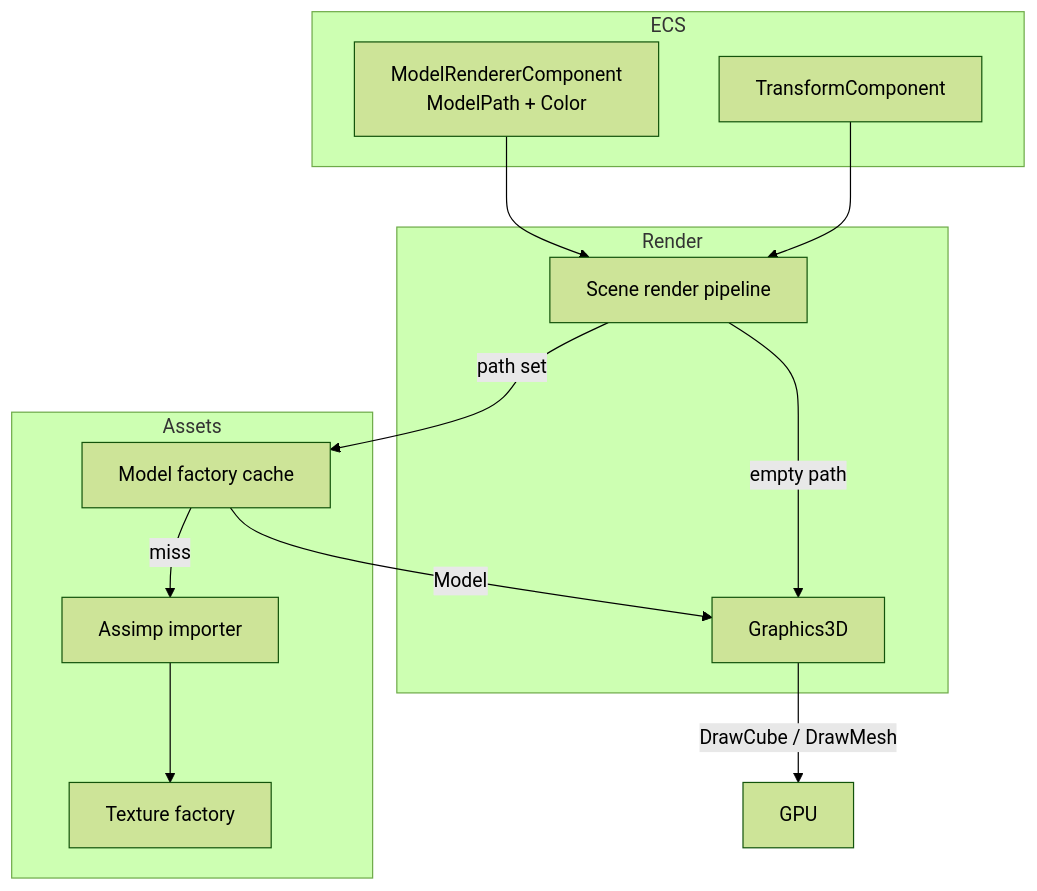
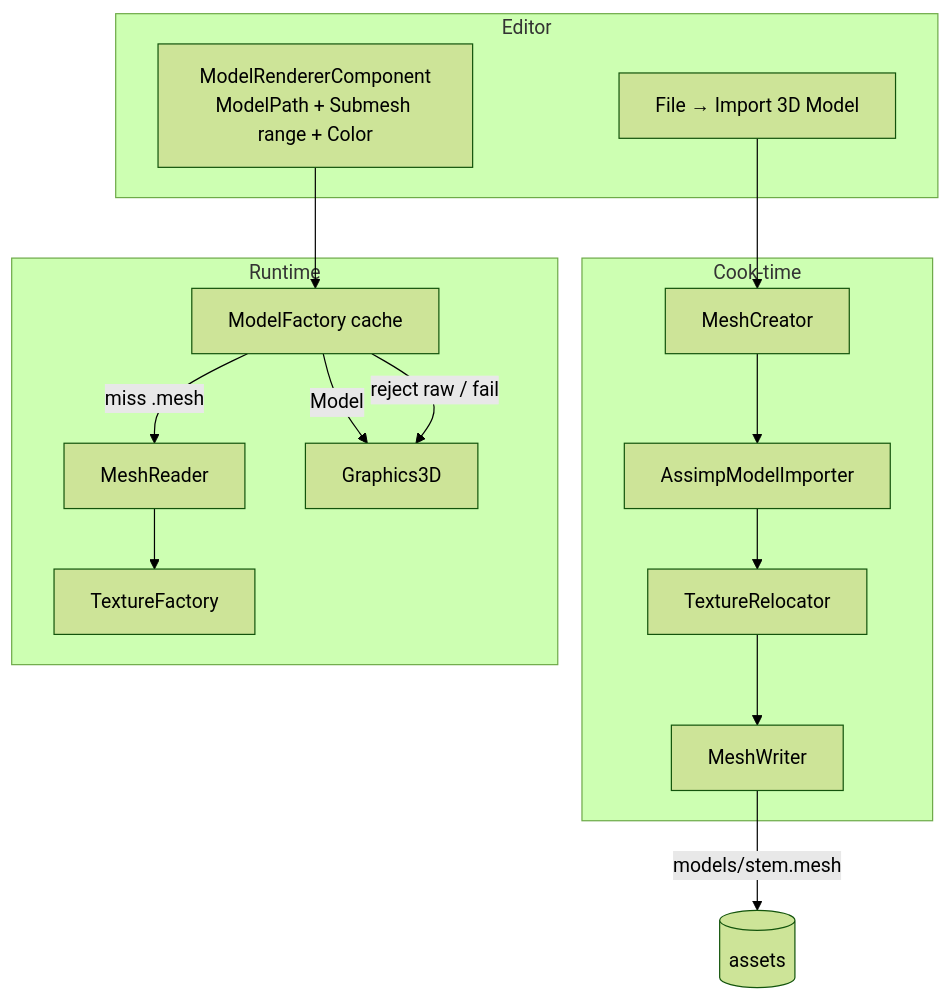
One commit to kateusz/GameEngine changed the first of 2 diagrams in docs/specs/3d-model-loading/developer-guide.md. Above: the diagram before and after it, drawn with Mermaid (forest theme). The commit also changed other lines of this file and 44 other files, not shown here.

First line of the commit message:
Store 3d models as .mesh format (#441)

````diff
--- a/docs/specs/3d-model-loading/developer-guide.md
+++ b/docs/specs/3d-model-loading/developer-guide.md
@@ -149,27 +121,32 @@
 ```mermaid
 flowchart TB
-  subgraph ecs [ECS]
-    MRC[ModelRendererComponent<br/>ModelPath + Color]
-    TC[TransformComponent]
+  subgraph editor [Editor]
+    IMP[File → Import 3D Model]
+    MRC[ModelRendererComponent<br/>ModelPath + Submesh range + Color]
   end
 
-  subgraph render [Render]
-    SRP[Scene render pipeline]
+  subgraph cook [Cook-time]
+    MB[MeshCreator]
+    AI[AssimpModelImporter]
+    TR[TextureRelocator]
+    MW[MeshWriter]
+  end
+
+  subgraph runtime [Runtime]
+    MF[ModelFactory cache]
+    MR[MeshReader]
+    TF[TextureFactory]
     G3D[Graphics3D]
   end
 
-  subgraph assets [Assets]
-    MF[Model factory cache]
-    IMP[Assimp importer]
-    TF[Texture factory]
-  end
-
-  MRC --> SRP
-  TC --> SRP
-  SRP -->|empty path| G3D
-  SRP -->|path set| MF
-  MF -->|miss| IMP
-  IMP --> TF
+  IMP --> MB
+  MB --> AI
+  AI --> TR
+  TR --> MW
+  MW -->|models/stem.mesh| Disk[(assets)]
+  MRC --> MF
+  MF -->|miss .mesh| MR
+  MR --> TF
   MF -->|Model| G3D
-  G3D -->|DrawCube / DrawMesh| GPU[GPU]
+  MF -->|reject raw / fail| G3D
 ```
````
